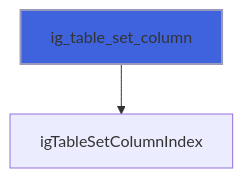
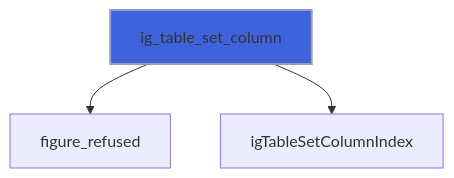
One commit to szaghi/figure changed diagram 14 of 26 in docs/api/src/lib/figure_group.md. Above: the diagram before and after it, drawn with Mermaid. The commit also changed other lines of this file and 10 other files, not shown here.

````diff
--- a/docs/api/src/lib/figure_group.md
+++ b/docs/api/src/lib/figure_group.md
@@ -341,5 +375,6 @@
 ```mermaid
 flowchart TD
+  ig_table_set_column["ig_table_set_column"] --> figure_refused["figure_refused"]
   ig_table_set_column["ig_table_set_column"] --> igTableSetColumnIndex["igTableSetColumnIndex"]
   style ig_table_set_column fill:#3e63dd,stroke:#99b,stroke-width:2px
 ```
````
